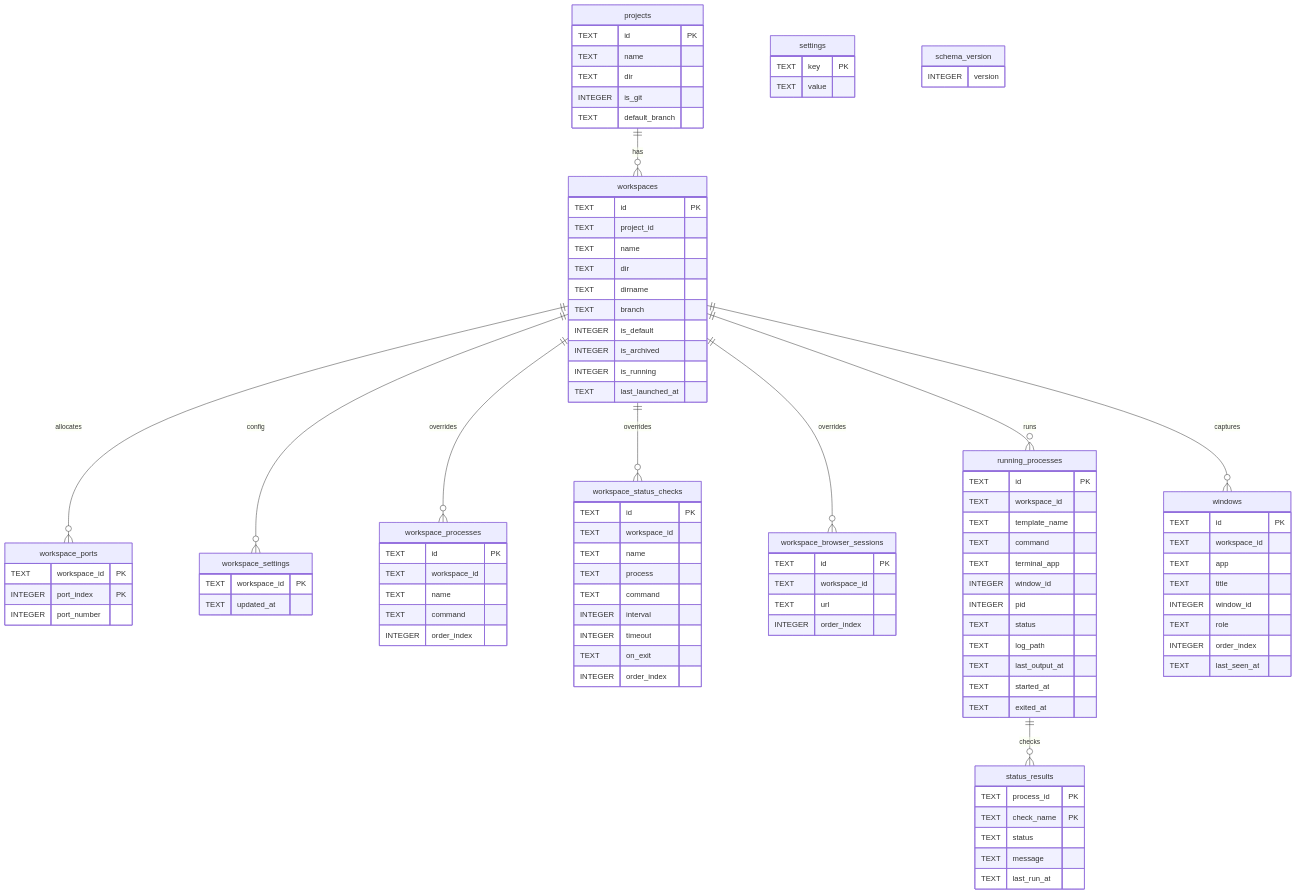
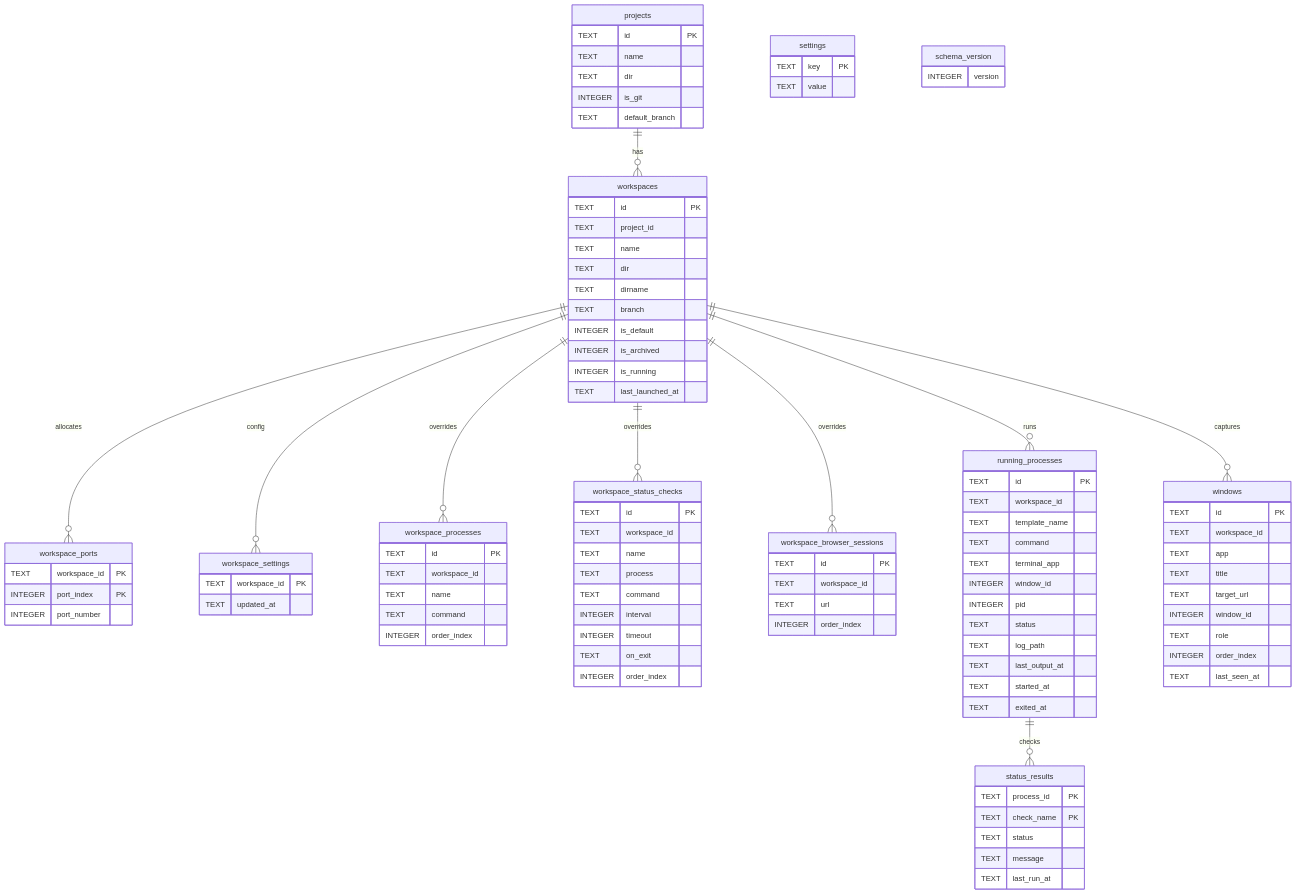
The second of 5 diagrams in docs/architecture.md (yogesh-dhande/spaces), drawn with Mermaid before and after one commit. The commit also changed other lines of this file and 11 other files, not shown here.

```diff
--- a/docs/architecture.md
+++ b/docs/architecture.md
@@ -173,6 +173,7 @@
     TEXT workspace_id
     TEXT app
     TEXT title
+    TEXT target_url
     INTEGER window_id
     TEXT role
     INTEGER order_index
```
